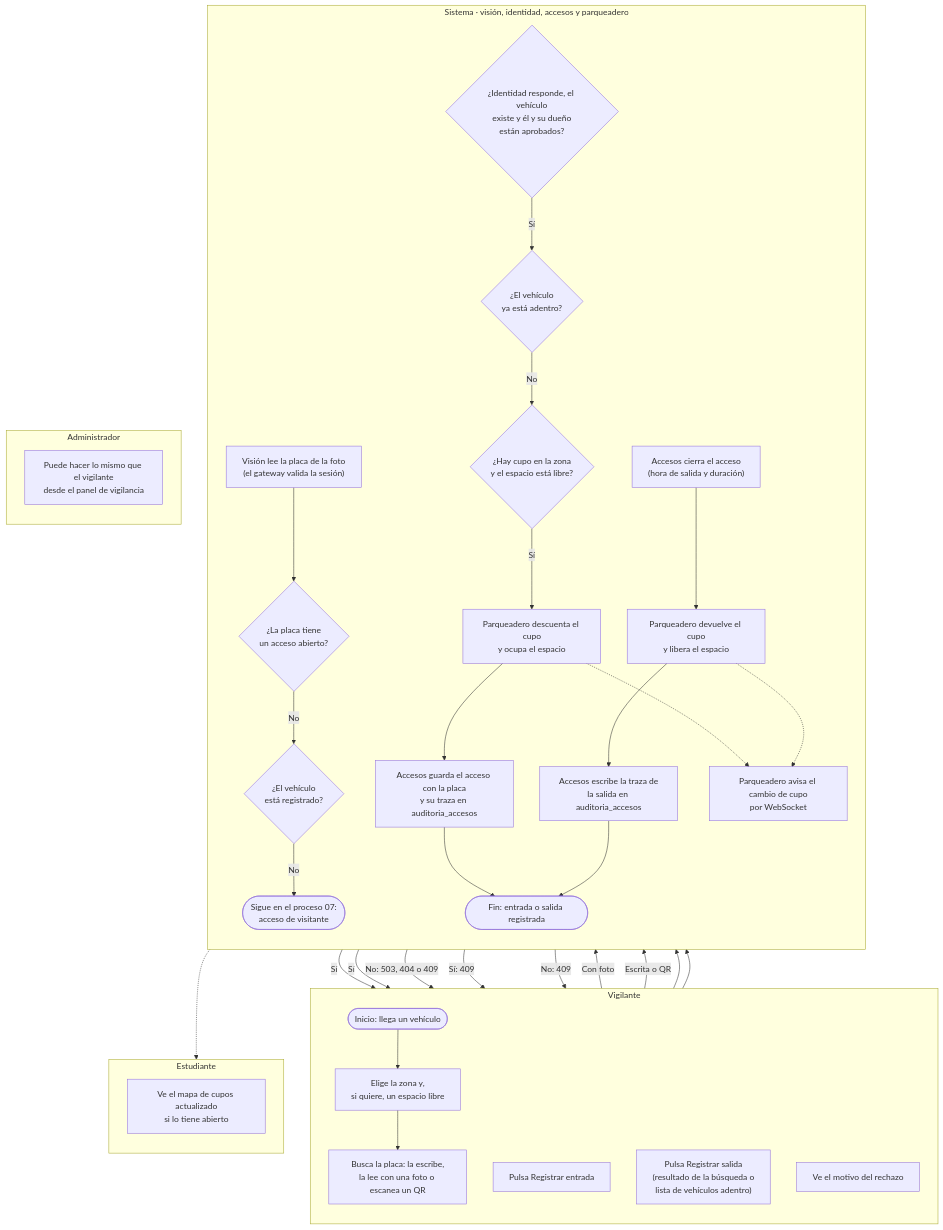
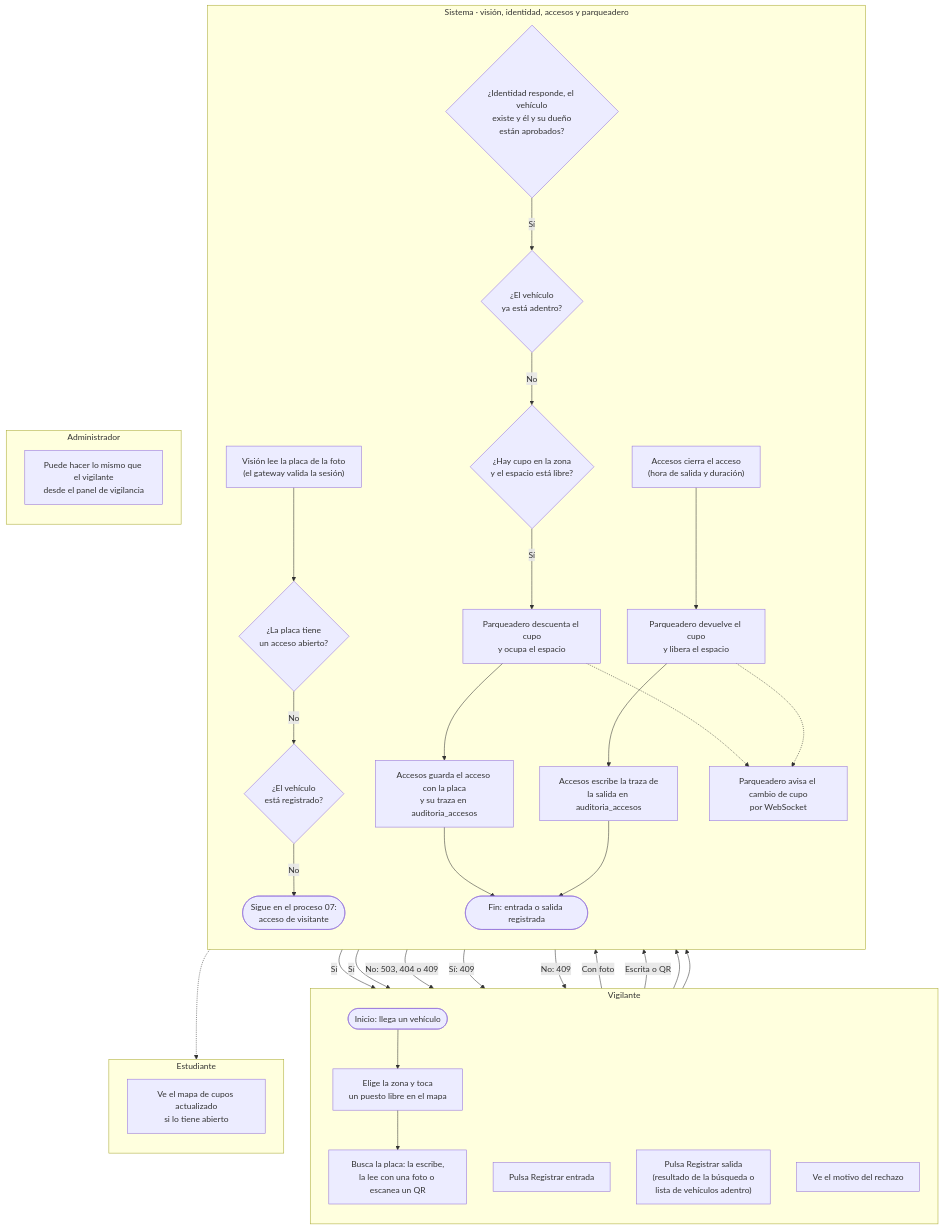
The diagram in docs/diagramas/06-entrada-y-salida.md (1nagoca/sistema-parqueadero), drawn with Mermaid before and after one commit. The commit also changed other lines of this file and 21 other files, not shown here.

Commit message:
Mapa general del parqueadero: plano de 500 puestos por filas, eleccion del puesto con clic y puesto obligatorio en cada entrada

````diff
--- a/docs/diagramas/06-entrada-y-salida.md
+++ b/docs/diagramas/06-entrada-y-salida.md
@@ -10,58 +10,58 @@
 ```mermaid
 flowchart TB
     subgraph VIG["Vigilante"]
         direction TB
         v0(["Inicio: llega un vehículo"])
-        v1["Elige la zona y,<br/>si quiere, un espacio libre"]
+        v1["Elige la zona y toca<br/>un puesto libre en el mapa"]
         v2["Busca la placa: la escribe,<br/>la lee con una foto o escanea un QR"]
         v3["Pulsa Registrar entrada"]
         v4["Pulsa Registrar salida<br/>(resultado de la búsqueda o<br/>lista de vehículos adentro)"]
         v5["Ve el motivo del rechazo"]
     end
 
     subgraph SIS["Sistema · visión, identidad, accesos y parqueadero"]
         direction TB
         s1["Visión lee la placa de la foto<br/>(el gateway valida la sesión)"]
         s2{"¿La placa tiene<br/>un acceso abierto?"}
         s3{"¿El vehículo<br/>está registrado?"}
         s4{"¿Identidad responde, el vehículo<br/>existe y él y su dueño<br/>están aprobados?"}
         s5{"¿El vehículo<br/>ya está adentro?"}
         s6{"¿Hay cupo en la zona<br/>y el espacio está libre?"}
         s7["Parqueadero descuenta el cupo<br/>y ocupa el espacio"]
         s8["Accesos guarda el acceso con la placa<br/>y su traza en auditoria_accesos"]
         s9["Accesos cierra el acceso<br/>(hora de salida y duración)"]
         s10["Parqueadero devuelve el cupo<br/>y libera el espacio"]
         s11["Accesos escribe la traza de<br/>la salida en auditoria_accesos"]
         s12["Parqueadero avisa el cambio de cupo<br/>por WebSocket"]
         f1(["Fin: entrada o salida registrada"])
         p7(["Sigue en el proceso 07:<br/>acceso de visitante"])
     end
 
     subgraph EST["Estudiante"]
         direction TB
         e1["Ve el mapa de cupos actualizado<br/>si lo tiene abierto"]
     end
 
     subgraph ADM["Administrador"]
         direction TB
         a1["Puede hacer lo mismo que el vigilante<br/>desde el panel de vigilancia"]
     end
 
     v0 --> v1 --> v2
     v2 -->|"Con foto"| s1 --> s2
     v2 -->|"Escrita o QR"| s2
     s2 -->|"Sí"| v4
     s2 -->|"No"| s3
     s3 -->|"No"| p7
     s3 -->|"Sí"| v3 --> s4
     s4 -->|"No: 503, 404 o 409"| v5
     s4 -->|"Sí"| s5
     s5 -->|"Sí: 409"| v5
     s5 -->|"No"| s6
     s6 -->|"No: 409"| v5
     s6 -->|"Sí"| s7 --> s8 --> f1
     v4 --> s9 --> s10 --> s11 --> f1
     s7 -.-> s12
     s10 -.-> s12
     s12 -.-> e1
 ```
````
